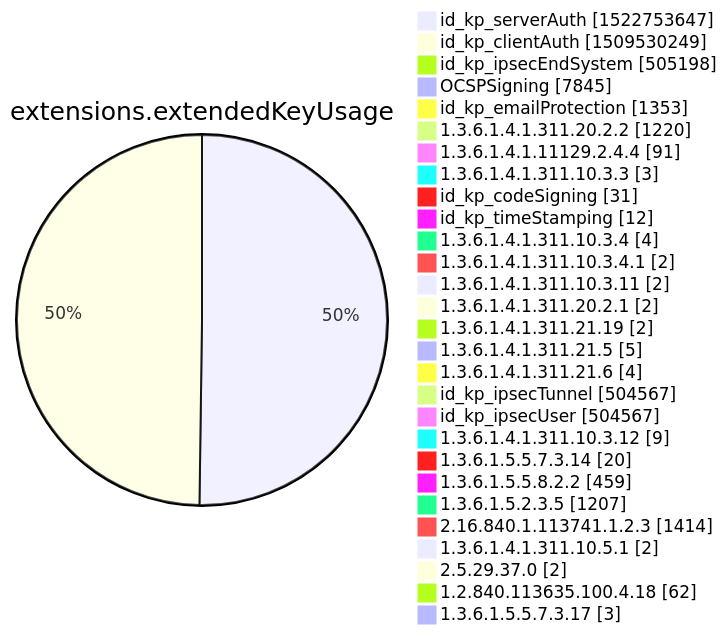
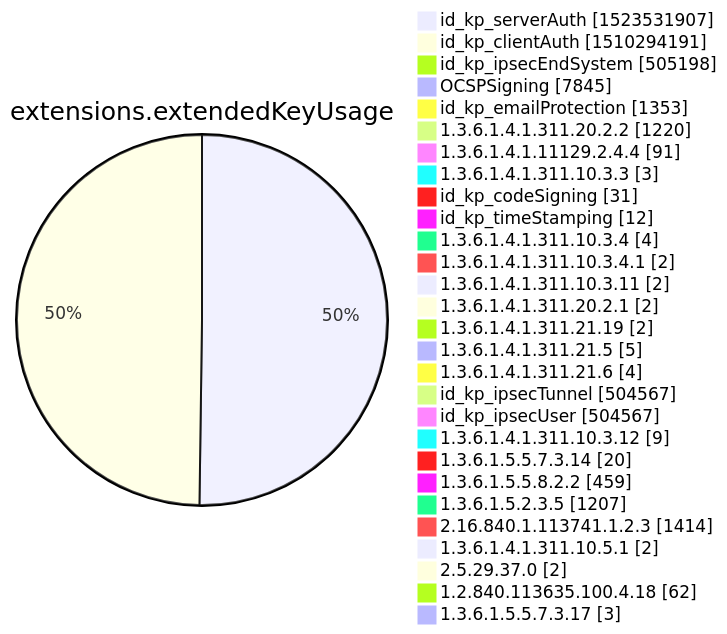
One commit to christiankrug/ctmonitor_visualization changed diagram 12 of 15 in xenon2022/README.md. Above: the diagram before and after it, drawn with Mermaid. The commit also changed other lines of this file, not shown here.

````diff
--- a/xenon2022/README.md
+++ b/xenon2022/README.md
@@ -3877,32 +3877,32 @@
 ```mermaid
 pie showData
 title extensions.extendedKeyUsage
-"id_kp_serverAuth" :1522753647
-"id_kp_clientAuth" :1509530249
+"id_kp_serverAuth" :1523531907
+"id_kp_clientAuth" :1510294191
 "id_kp_ipsecEndSystem" :505198
 "OCSPSigning" :7845
 "id_kp_emailProtection" :1353
 "1.3.6.1.4.1.311.20.2.2" :1220
 "1.3.6.1.4.1.11129.2.4.4" :91
 "1.3.6.1.4.1.311.10.3.3" :3
 "id_kp_codeSigning" :31
 "id_kp_timeStamping" :12
 "1.3.6.1.4.1.311.10.3.4" :4
 "1.3.6.1.4.1.311.10.3.4.1" :2
 "1.3.6.1.4.1.311.10.3.11" :2
 "1.3.6.1.4.1.311.20.2.1" :2
 "1.3.6.1.4.1.311.21.19" :2
 "1.3.6.1.4.1.311.21.5" :5
 "1.3.6.1.4.1.311.21.6" :4
 "id_kp_ipsecTunnel" :504567
 "id_kp_ipsecUser" :504567
 "1.3.6.1.4.1.311.10.3.12" :9
 "1.3.6.1.5.5.7.3.14" :20
 "1.3.6.1.5.5.8.2.2" :459
 "1.3.6.1.5.2.3.5" :1207
 "2.16.840.1.113741.1.2.3" :1414
 "1.3.6.1.4.1.311.10.5.1" :2
 "2.5.29.37.0" :2
 "1.2.840.113635.100.4.18" :62
 "1.3.6.1.5.5.7.3.17" :3
 ```
````
